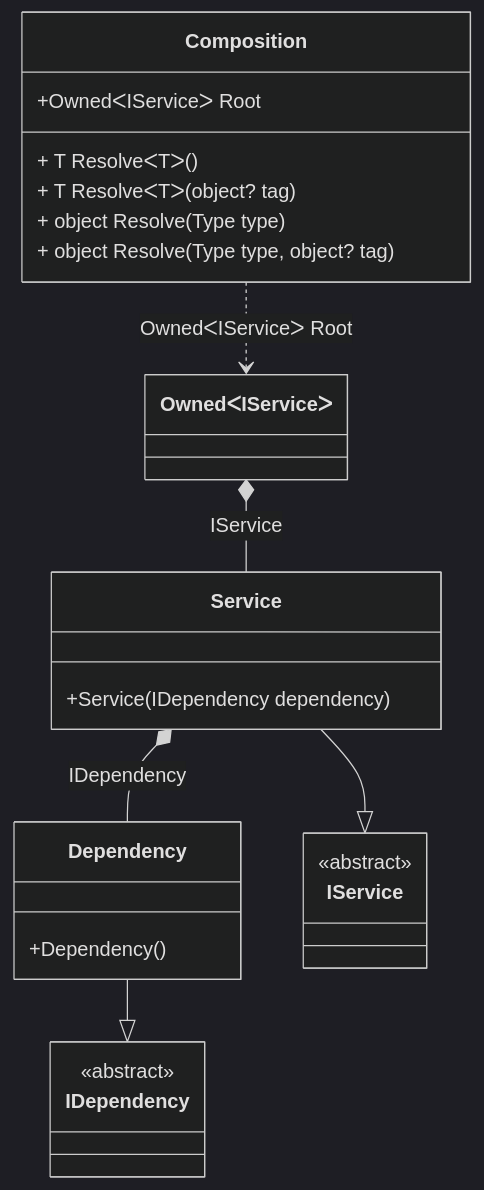
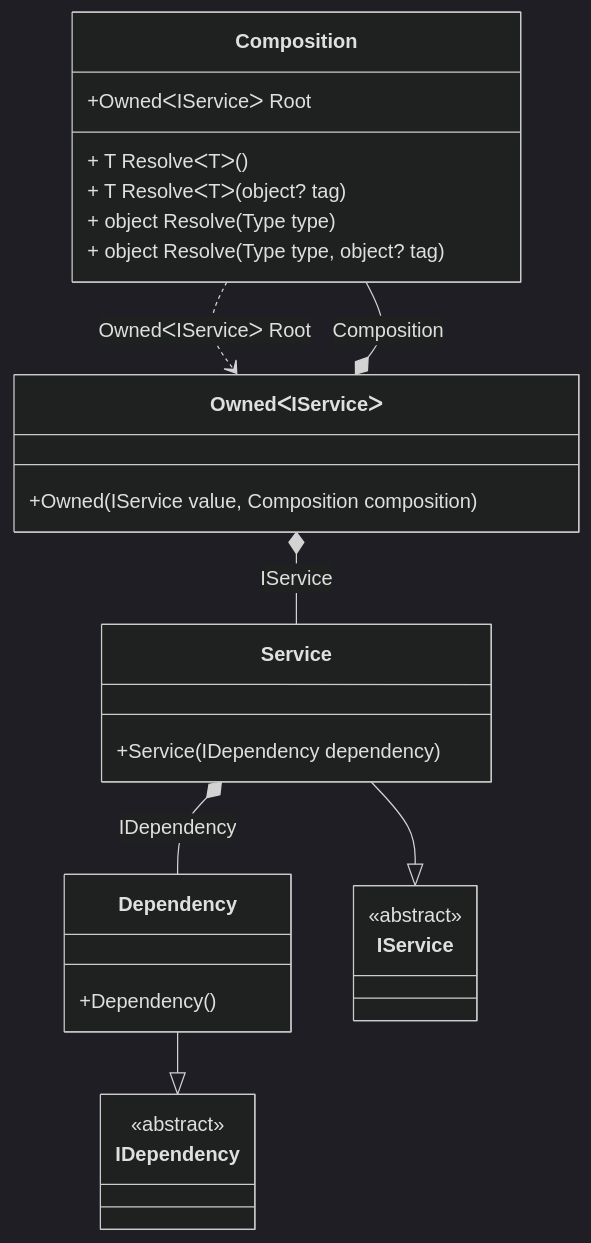
Before and after one commit to DevTeam/Pure.DI: the diagram in readme/tracking-disposable-instances-per-a-composition-root.md, drawn with Mermaid (dark theme). The commit also changed other lines of this file and 11 other files, not shown here.

````diff
--- a/readme/tracking-disposable-instances-per-a-composition-root.md
+++ b/readme/tracking-disposable-instances-per-a-composition-root.md
@@ -112,27 +101,32 @@
 ```mermaid
 classDiagram
   class Composition {
     +OwnedᐸIServiceᐳ Root
     + T ResolveᐸTᐳ()
     + T ResolveᐸTᐳ(object? tag)
     + object Resolve(Type type)
     + object Resolve(Type type, object? tag)
+  }
+  class Composition
+  class OwnedᐸIServiceᐳ {
+    +Owned(IService value, Composition composition)
   }
   Dependency --|> IDependency : 
   class Dependency {
     +Dependency()
   }
   Service --|> IService : 
   class Service {
     +Service(IDependency dependency)
   }
   class IDependency {
     <<abstract>>
   }
   class IService {
     <<abstract>>
   }
+  OwnedᐸIServiceᐳ *--  Service : IService
+  OwnedᐸIServiceᐳ *--  Composition : Composition
   Service *--  Dependency : IDependency
   Composition ..> OwnedᐸIServiceᐳ : OwnedᐸIServiceᐳ Root
-  OwnedᐸIServiceᐳ *--  Service : IService
 ```
````
